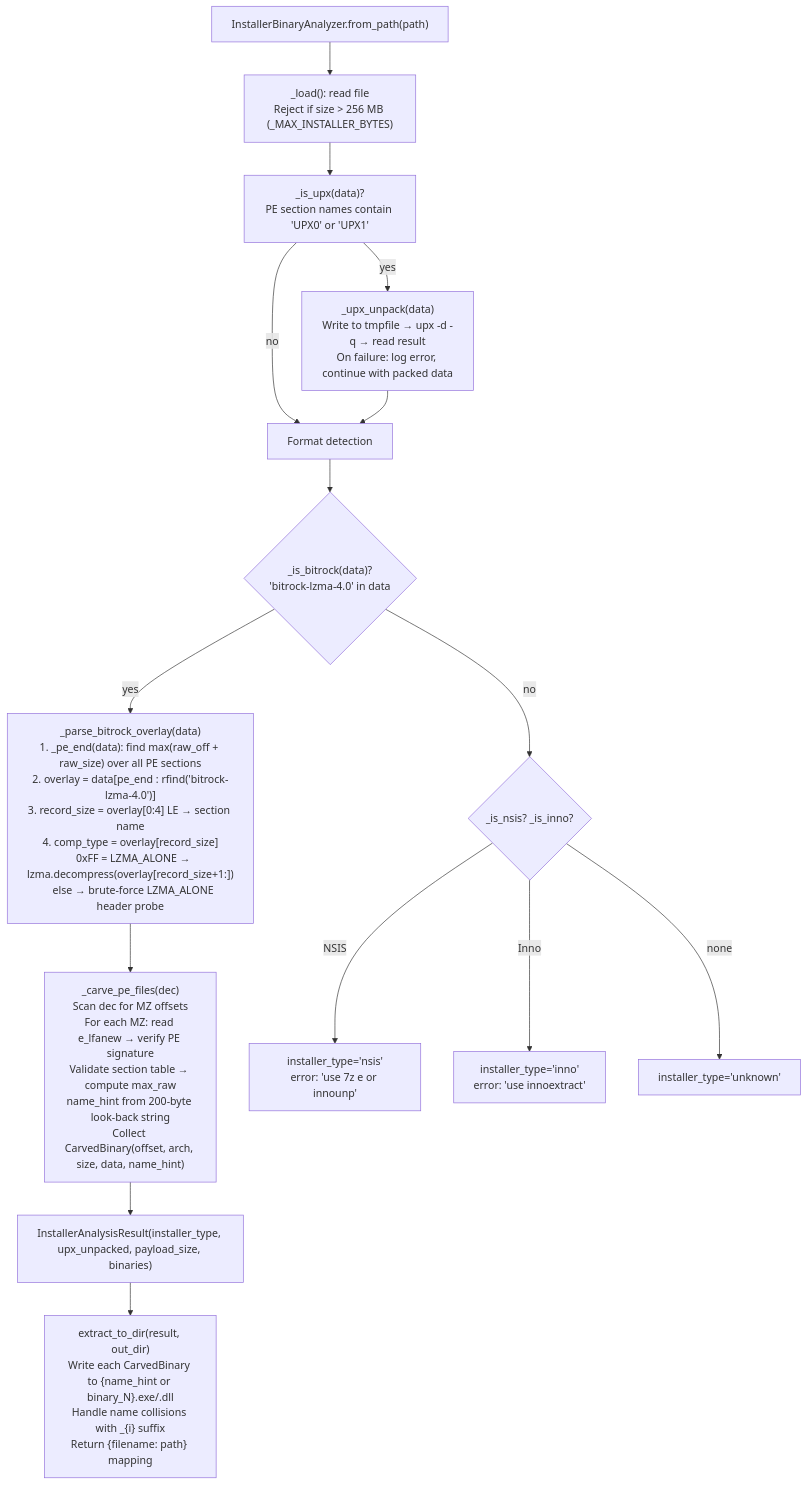
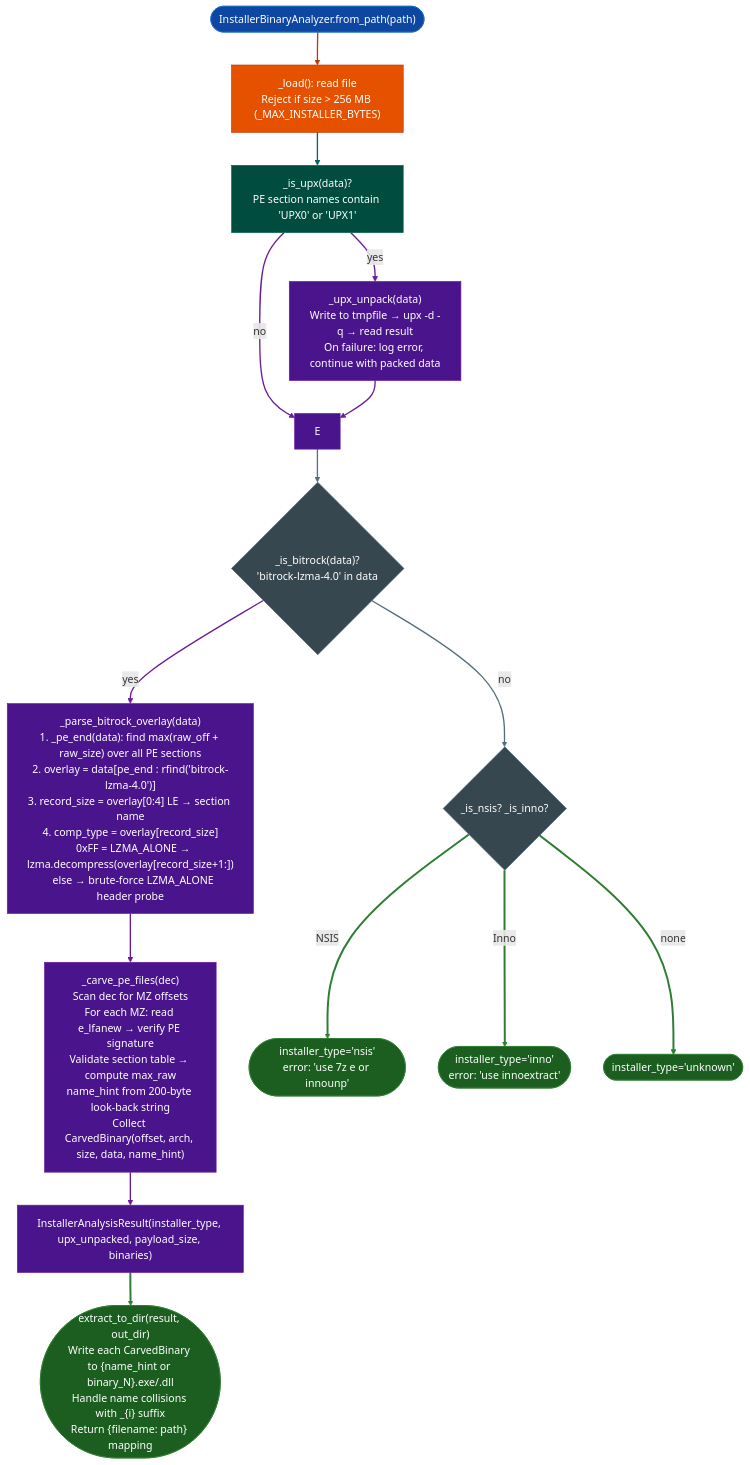
One commit to Ablation-Tool/ablation changed the diagram in docs/reference-modules/installer-payload-analysis.md. Above: the diagram before and after it, drawn with Mermaid. The commit also changed 320 other files, not shown here.

First line of the commit message:
docs: apply canonical Mermaid template to all 321 diagrams

````diff
--- a/docs/reference-modules/installer-payload-analysis.md
+++ b/docs/reference-modules/installer-payload-analysis.md
@@ -19,17 +19,37 @@
 ```mermaid
 flowchart TD
-    A["InstallerBinaryAnalyzer.from_path(path)"] --> B["_load(): read file\nReject if size > 256 MB (_MAX_INSTALLER_BYTES)"]
-    B --> C["_is_upx(data)?\nPE section names contain 'UPX0' or 'UPX1'"]
-    C -->|yes| D["_upx_unpack(data)\nWrite to tmpfile → upx -d -q → read result\nOn failure: log error, continue with packed data"]
-    C -->|no| E
-    D --> E["Format detection"]
-    E --> F{"_is_bitrock(data)?\n'bitrock-lzma-4.0' in data"}
-    F -->|yes| G["_parse_bitrock_overlay(data)\n1. _pe_end(data): find max(raw_off + raw_size) over all PE sections\n2. overlay = data[pe_end : rfind('bitrock-lzma-4.0')]\n3. record_size = overlay[0:4] LE → section name\n4. comp_type = overlay[record_size]\n   0xFF = LZMA_ALONE → lzma.decompress(overlay[record_size+1:])\n   else → brute-force LZMA_ALONE header probe"]
-    G --> H["_carve_pe_files(dec)\nScan dec for MZ offsets\nFor each MZ: read e_lfanew → verify PE signature\nValidate section table → compute max_raw\nname_hint from 200-byte look-back string\nCollect CarvedBinary(offset, arch, size, data, name_hint)"]
-    H --> I["InstallerAnalysisResult(installer_type, upx_unpacked, payload_size, binaries)"]
-    F -->|no| J{"_is_nsis? _is_inno?"}
-    J -->|NSIS| K["installer_type='nsis'\nerror: 'use 7z e or innounp'"]
-    J -->|Inno| L["installer_type='inno'\nerror: 'use innoextract'"]
-    J -->|none| M["installer_type='unknown'"]
-    I --> N["extract_to_dir(result, out_dir)\nWrite each CarvedBinary to {name_hint or binary_N}.exe/.dll\nHandle name collisions with _{i} suffix\nReturn {filename: path} mapping"]
+    A(["InstallerBinaryAnalyzer.from_path(path)"]):::input --> B["_load(): read file\nReject if size > 256 MB (_MAX_INSTALLER_BYTES)"]:::primary
+    B:::primary --> C["_is_upx(data)?\nPE section names contain 'UPX0' or 'UPX1'"]:::secondary
+    C:::secondary -->|yes| D["_upx_unpack(data)\nWrite to tmpfile → upx -d -q → read result\nOn failure: log error, continue with packed data"]:::tertiary
+    C:::secondary -->|no| E["E"]:::tertiary
+    D:::tertiary --> E:::tertiary
+    E:::tertiary --> F{"_is_bitrock(data)?\n'bitrock-lzma-4.0' in data"}:::neutral
+    F:::neutral -->|yes| G["_parse_bitrock_overlay(data)\n1. _pe_end(data): find max(raw_off + raw_size) over all PE sections\n2. overlay = data[pe_end : rfind('bitrock-lzma-4.0')]\n3. record_size = overlay[0:4] LE → section name\n4. comp_type = overlay[record_size]\n   0xFF = LZMA_ALONE → lzma.decompress(overlay[record_size+1:])\n   else → brute-force LZMA_ALONE header probe"]:::tertiary
+    G:::tertiary --> H["_carve_pe_files(dec)\nScan dec for MZ offsets\nFor each MZ: read e_lfanew → verify PE signature\nValidate section table → compute max_raw\nname_hint from 200-byte look-back string\nCollect CarvedBinary(offset, arch, size, data, name_hint)"]:::tertiary
+    H:::tertiary --> I["InstallerAnalysisResult(installer_type, upx_unpacked, payload_size, binaries)"]:::tertiary
+    F:::neutral -->|no| J{"_is_nsis? _is_inno?"}:::neutral
+    J:::neutral -->|NSIS| K(["installer_type='nsis'\nerror: 'use 7z e or innounp'"]):::output
+    J:::neutral -->|Inno| L(["installer_type='inno'\nerror: 'use innoextract'"]):::output
+    J:::neutral -->|none| M(["installer_type='unknown'"]):::output
+    I:::tertiary --> N(["extract_to_dir(result, out_dir)\nWrite each CarvedBinary to {name_hint or binary_N}.exe/.dll\nHandle name collisions with _{i} suffix\nReturn {filename: path} mapping"]):::output
+    classDef input     fill:#0d47a1,stroke:#1565c0,color:#fff
+    classDef primary   fill:#e65100,stroke:#bf360c,color:#fff
+    classDef secondary fill:#004d40,stroke:#00695c,color:#fff
+    classDef tertiary  fill:#4a148c,stroke:#6a1b9a,color:#fff
+    classDef neutral   fill:#37474f,stroke:#546e7a,color:#fff
+    classDef output    fill:#1b5e20,stroke:#2e7d32,color:#fff
+    linkStyle 0 stroke:#bf360c,stroke-width:2px
+    linkStyle 1 stroke:#00695c,stroke-width:2px
+    linkStyle 2 stroke:#6a1b9a,stroke-width:2px
+    linkStyle 3 stroke:#6a1b9a,stroke-width:2px
+    linkStyle 4 stroke:#6a1b9a,stroke-width:2px
+    linkStyle 5 stroke:#546e7a,stroke-width:2px
+    linkStyle 6 stroke:#6a1b9a,stroke-width:2px
+    linkStyle 7 stroke:#6a1b9a,stroke-width:2px
+    linkStyle 8 stroke:#6a1b9a,stroke-width:2px
+    linkStyle 9 stroke:#546e7a,stroke-width:2px
+    linkStyle 10 stroke:#2e7d32,stroke-width:3px
+    linkStyle 11 stroke:#2e7d32,stroke-width:3px
+    linkStyle 12 stroke:#2e7d32,stroke-width:3px
+    linkStyle 13 stroke:#2e7d32,stroke-width:3px
 ```
````
